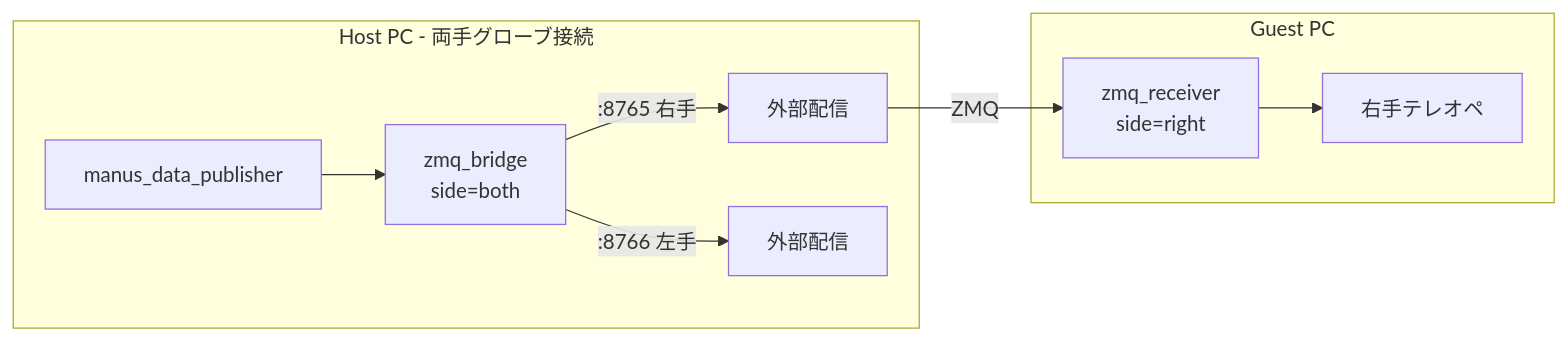
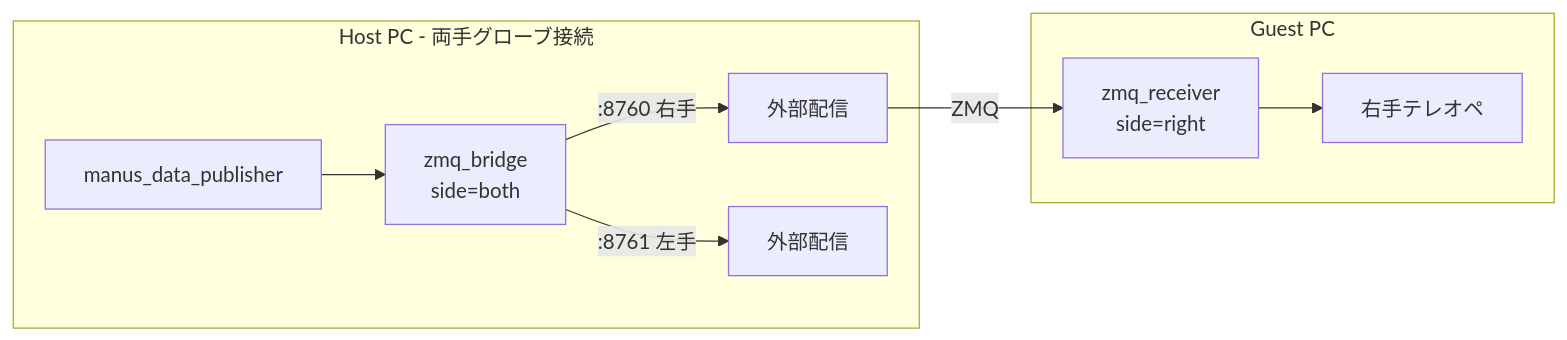
The third of 5 diagrams in README.ja.md (GeminiNinth/manus_ros2_transporter), drawn with Mermaid before and after one commit. The commit also changed other lines of this file and 7 other files, not shown here.

````diff
--- a/README.ja.md
+++ b/README.ja.md
@@ -201,14 +201,14 @@
 ```mermaid
 flowchart LR
     subgraph Host [Host PC - 両手グローブ接続]
         H_MDP[manus_data_publisher] --> H_ZB[zmq_bridge<br/>side=both]
-        H_ZB -->|:8765 右手| H_R[外部配信]
-        H_ZB -->|:8766 左手| H_L[外部配信]
+        H_ZB -->|:8760 右手| H_R[外部配信]
+        H_ZB -->|:8761 左手| H_L[外部配信]
     end
     
     subgraph Guest [Guest PC]
         G_ZR[zmq_receiver<br/>side=right] --> G_Teleop[右手テレオペ]
     end
     
     H_R -->|ZMQ| G_ZR
 ```
````
